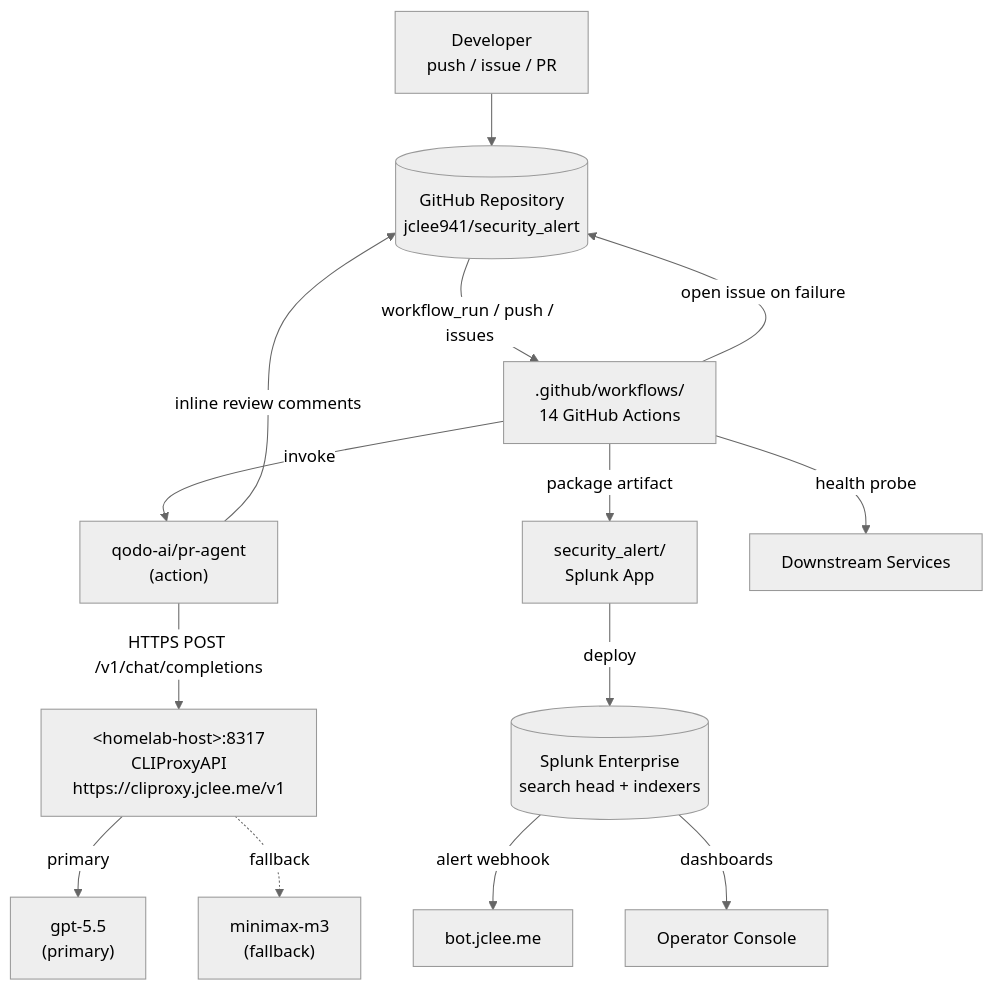
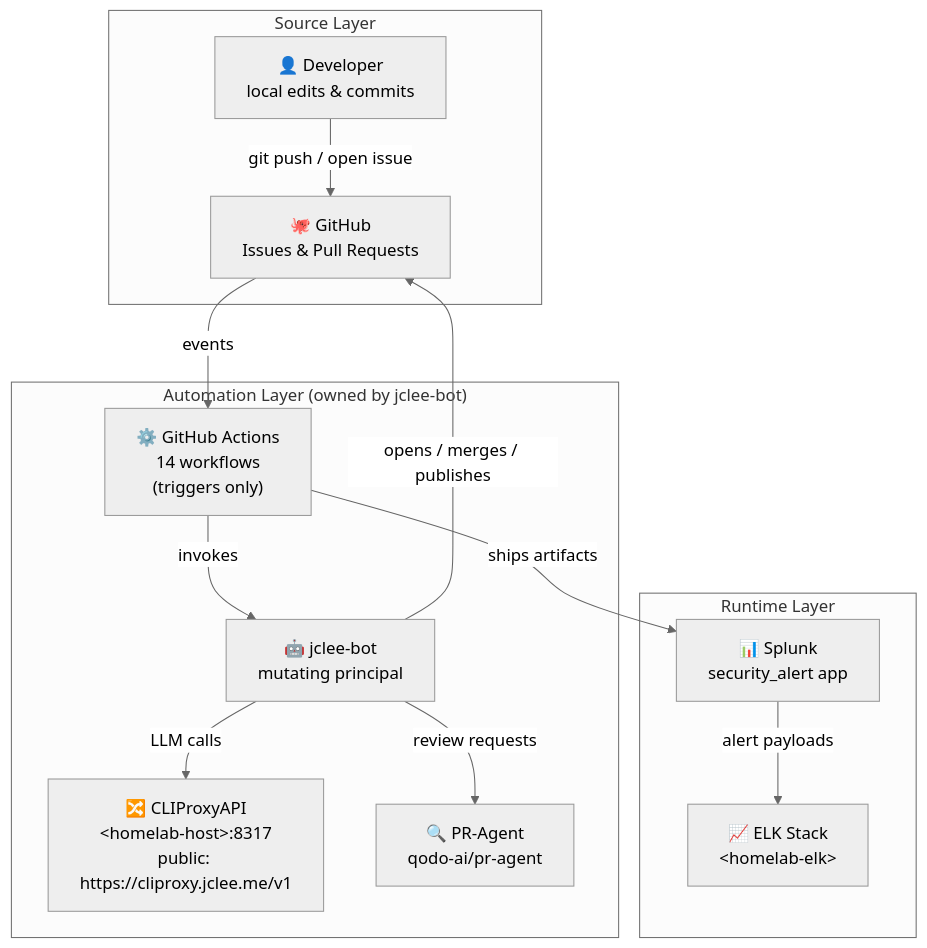
The diagram in README.md (jclee941/splunk), drawn with Mermaid (neutral theme) before and after one commit. The commit also changed other lines of this file, not shown here.

````diff
--- a/README.md
+++ b/README.md
@@ -89,16 +114,28 @@
 ```mermaid
 flowchart TB
-    Dev[Developer<br/>push / issue / PR] --> Repo[(GitHub Repository<br/>jclee941/security_alert)]
-    Repo -->|workflow_run / push / issues| CI[".github/workflows/<br/>14 GitHub Actions"]
-    CI -->|invoke| PR["qodo-ai/pr-agent<br/>(action)"]
-    PR -->|HTTPS POST /v1/chat/completions| Proxy["&lt;homelab-host&gt;:8317<br/>CLIProxyAPI<br/>https://cliproxy.jclee.me/v1"]
-    Proxy -->|primary| LLM1["gpt-5.5<br/>(primary)"]
-    Proxy -.->|fallback| LLM2["minimax-m3<br/>(fallback)"]
-    PR -->|inline review comments| Repo
-    CI -->|package artifact| App["security_alert/<br/>Splunk App"]
-    App -->|deploy| Splunk[(Splunk Enterprise<br/>search head + indexers)]
-    Splunk -->|alert webhook| Bot[bot.jclee.me]
-    Splunk -->|dashboards| Op[Operator Console]
-    CI -->|open issue on failure| Repo
-    CI -->|health probe| Down[Downstream Services]
+    subgraph Source["Source Layer"]
+        Dev["👤 Developer<br/>local edits &amp; commits"]
+        GH["🐙 GitHub<br/>Issues &amp; Pull Requests"]
+    end
+
+    subgraph Automation["Automation Layer (owned by jclee-bot)"]
+        Actions["⚙️ GitHub Actions<br/>14 workflows<br/>(triggers only)"]
+        Bot["🤖 jclee-bot<br/>mutating principal"]
+        Proxy["🔀 CLIProxyAPI<br/>&lt;homelab-host&gt;:8317<br/>public: https://cliproxy.jclee.me/v1"]
+        PRAgent["🔍 PR-Agent<br/>qodo-ai/pr-agent"]
+    end
+
+    subgraph Runtime["Runtime Layer"]
+        Splunk["📊 Splunk<br/>security_alert app"]
+        ELK["📈 ELK Stack<br/>&lt;homelab-elk&gt;"]
+    end
+
+    Dev -->|"git push / open issue"| GH
+    GH -->|"events"| Actions
+    Actions -->|"invokes"| Bot
+    Bot -->|"LLM calls"| Proxy
+    Bot -->|"review requests"| PRAgent
+    Bot -->|"opens / merges / publishes"| GH
+    Actions -->|"ships artifacts"| Splunk
+    Splunk -->|"alert payloads"| ELK
 ```
````
